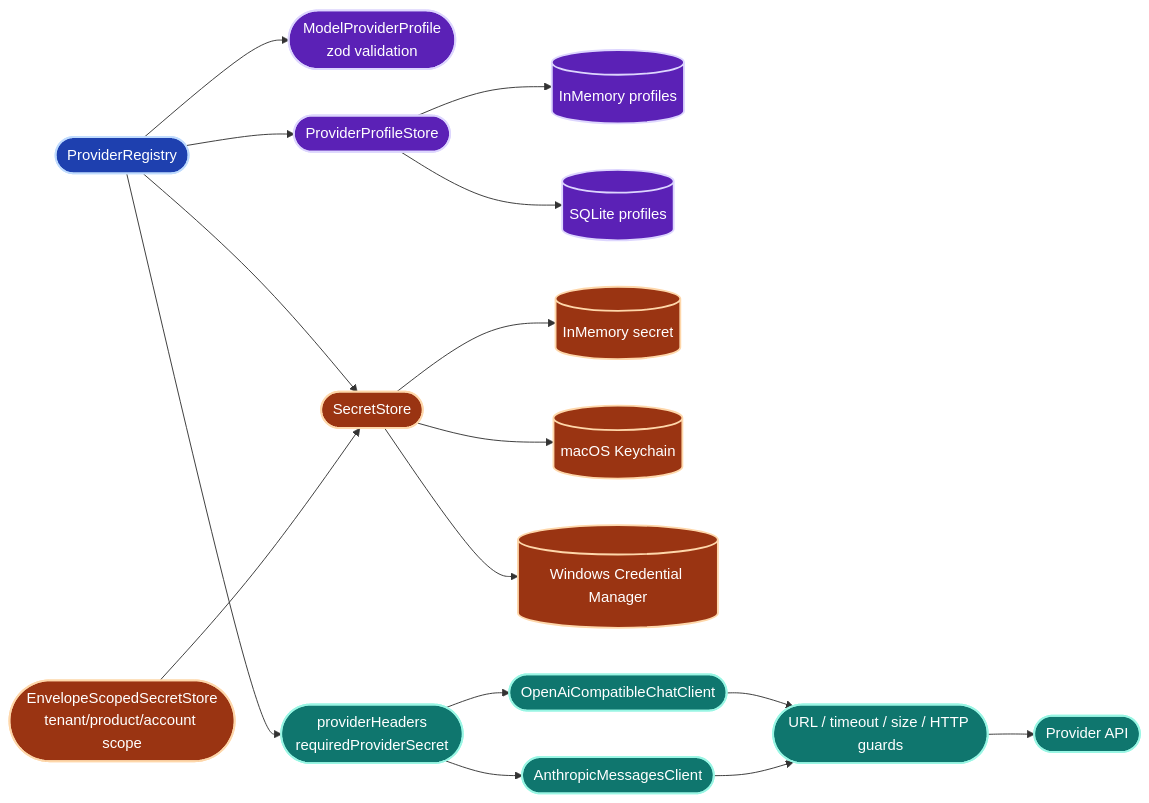
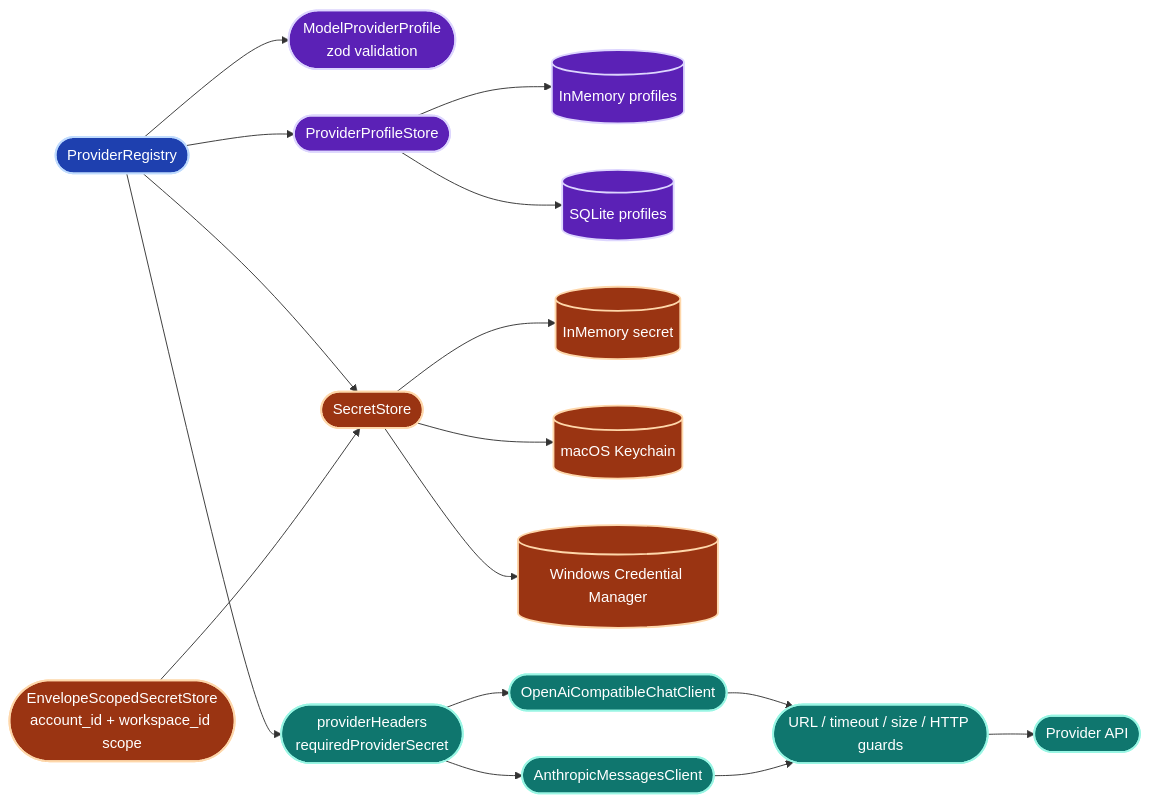
The tenth of 23 diagrams in docs/architecture/sdk-architecture.md (Ancienttwo/byok-sdk), drawn with Mermaid before and after one commit. The commit also changed other lines of this file and 1 other file, not shown here.

First line of the commit message:
docs(architecture): adopt GPT Pro rewrite increments per decision record

````diff
--- a/docs/architecture/sdk-architecture.md
+++ b/docs/architecture/sdk-architecture.md
@@ -566,39 +585,39 @@
 ```mermaid
 flowchart LR
   classDef registry fill:#1e40af,stroke:#bfdbfe,stroke-width:2px,color:#fff
   classDef profile fill:#5b21b6,stroke:#ddd6fe,stroke-width:2px,color:#fff
   classDef secret fill:#9a3412,stroke:#fed7aa,stroke-width:2px,color:#fff
   classDef transport fill:#0f766e,stroke:#99f6e4,stroke-width:2px,color:#fff
 
   Registry(["ProviderRegistry"]):::registry
   Profile(["ModelProviderProfile<br/>zod validation"]):::profile
   ProfileStore(["ProviderProfileStore"]):::profile
   ProfileMem[("InMemory profiles")]:::profile
   ProfileSql[("SQLite profiles")]:::profile
   SecretStore(["SecretStore"]):::secret
   SecretMem[("InMemory secret")]:::secret
   Keychain[("macOS Keychain")]:::secret
   WinCred[("Windows Credential Manager")]:::secret
-  Scoped(["EnvelopeScopedSecretStore<br/>tenant/product/account scope"]):::secret
+  Scoped(["EnvelopeScopedSecretStore<br/>account_id + workspace_id scope"]):::secret
   Headers(["providerHeaders<br/>requiredProviderSecret"]):::transport
   OpenAI(["OpenAiCompatibleChatClient"]):::transport
   Anthropic(["AnthropicMessagesClient"]):::transport
   Guard(["URL / timeout / size / HTTP guards"]):::transport
   Provider(["Provider API"]):::transport
 
   Registry --> Profile
   Registry --> ProfileStore
   Registry --> SecretStore
   ProfileStore --> ProfileMem
   ProfileStore --> ProfileSql
   SecretStore --> SecretMem
   SecretStore --> Keychain
   SecretStore --> WinCred
   Scoped --> SecretStore
   Registry --> Headers
   Headers --> OpenAI
   Headers --> Anthropic
   OpenAI --> Guard
   Anthropic --> Guard
   Guard --> Provider
 ```
````
